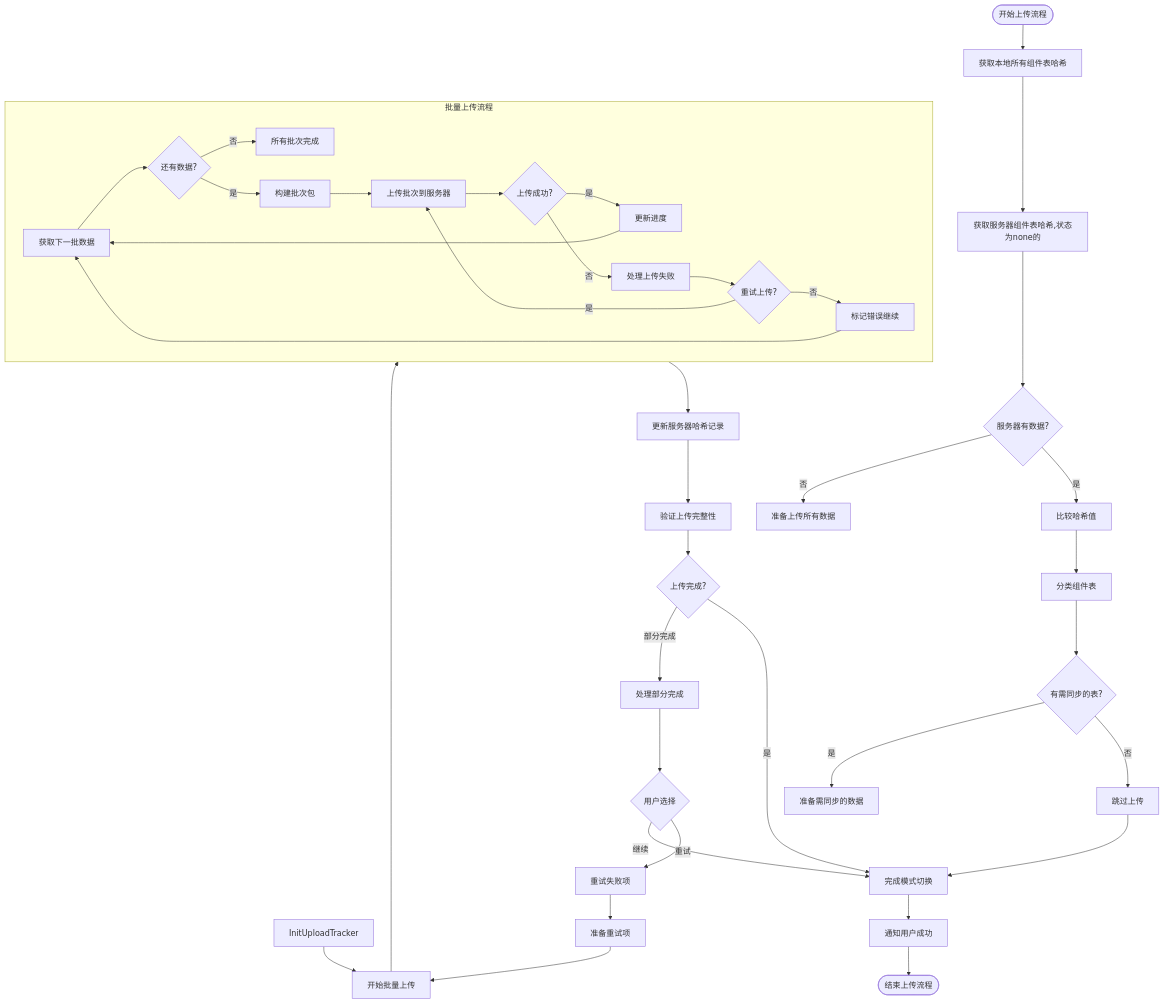
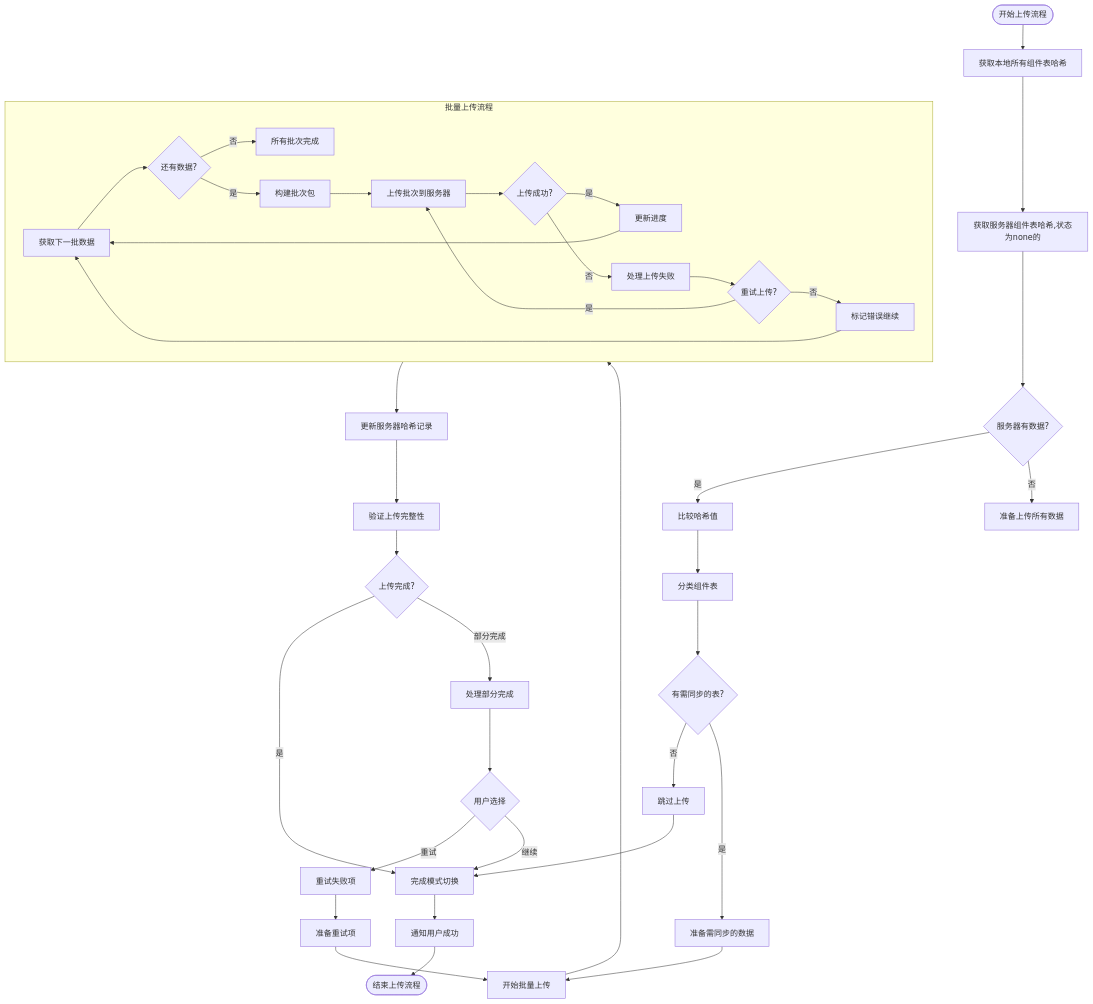
The diagram in all/未命名-50.md (yingjianzh/iodraw-files), drawn with Mermaid before and after one commit.

Commit message:
2025-05-08 17:06:27 update

````diff
--- a/all/未命名-50.md
+++ b/all/未命名-50.md
@@ -1,55 +1,55 @@
 ```mermaid
 flowchart TD
     Start([开始上传流程]) --> CollectLocalHashes[获取本地所有组件表哈希]
     CollectLocalHashes --> FetchServerHashes[获取服务器组件表哈希,状态为none的]
     
     FetchServerHashes --> ServerHasData{服务器有数据?}
     
     ServerHasData -->|是| CompareHashes[比较哈希值]
     ServerHasData -->|否| PrepareAllData[准备上传所有数据]
     
     CompareHashes --> ClassifyTables[分类组件表]
     ClassifyTables --> HasChanges{有需同步的表?}
     
     HasChanges -->|否| SkipUpload[跳过上传]
     HasChanges -->|是| PrepareChangedData[准备需同步的数据]
     
     
-    InitUploadTracker --> StartBatching[开始批量上传]
+    PrepareChangedData --> StartBatching[开始批量上传]
     
     subgraph BatchUpload [批量上传流程]
         B1[获取下一批数据] --> B2{还有数据?}
         B2 -->|否| BatchesComplete[所有批次完成]
         B2 -->|是| B3[构建批次包]
         B3 --> B4[上传批次到服务器]
         B4 --> B5{上传成功?}
         B5 -->|是| B6[更新进度]
         B5 -->|否| B7[处理上传失败]
         B7 --> B8{重试上传?}
         B8 -->|是| B4
         B8 -->|否| B9[标记错误继续]
         B6 --> B1
         B9 --> B1
     end
     
     StartBatching --> BatchUpload
     
     BatchUpload --> UpdateServerHashes[更新服务器哈希记录]
     UpdateServerHashes --> VerifyUpload[验证上传完整性]
     
     VerifyUpload --> UploadComplete{上传完成?}
     UploadComplete -->|是| FinalizeMode[完成模式切换]
     UploadComplete -->|部分完成| HandlePartial[处理部分完成]
     
     HandlePartial --> UserChoice{用户选择}
     UserChoice -->|重试| RetryFailed[重试失败项]
     UserChoice -->|继续| FinalizeMode
     
     RetryFailed --> PrepareRetry[准备重试项]
     PrepareRetry --> StartBatching
     
     FinalizeMode --> NotifySuccess[通知用户成功]
     NotifySuccess --> End([结束上传流程])
     
     SkipUpload --> FinalizeMode
 ```
````
